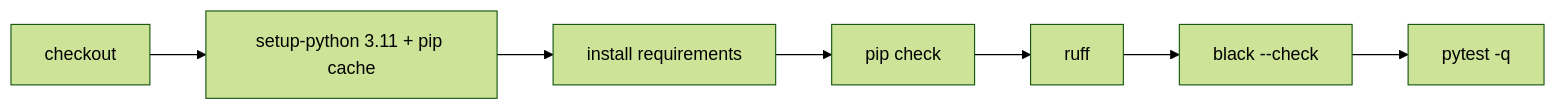
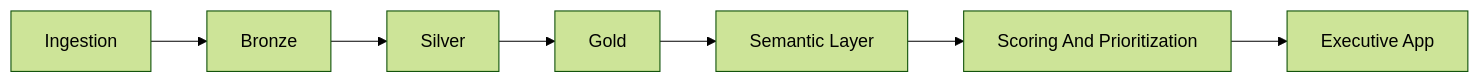
One commit to samuelmaia-analytics/revenue-intelligence-platform-suite changed the diagram in modules/revenue-intelligence/README.md. Above: the diagram before and after it, drawn with Mermaid (forest theme). The commit also changed other lines of this file and 175 other files, not shown here.

````diff
--- a/modules/revenue-intelligence/README.md
+++ b/modules/revenue-intelligence/README.md
@@ -420,9 +122,9 @@
 ```mermaid
 flowchart LR
-    A[checkout] --> B[setup-python 3.11 + pip cache]
-    B --> C[install requirements]
-    C --> D[pip check]
-    D --> E[ruff]
-    E --> F[black --check]
-    F --> G[pytest -q]
+  A[Ingestion] --> B[Bronze]
+  B --> C[Silver]
+  C --> D[Gold]
+  D --> E[Semantic Layer]
+  E --> F[Scoring And Prioritization]
+  F --> G[Executive App]
 ```
````
